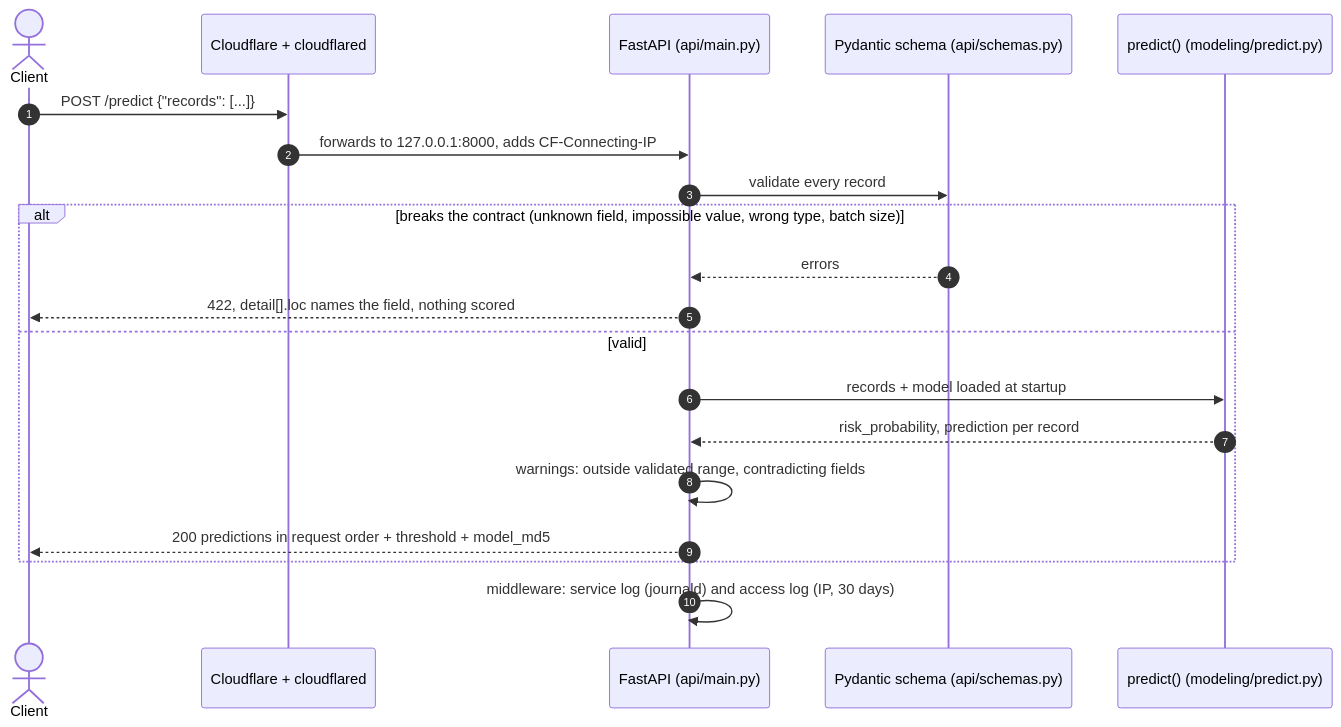
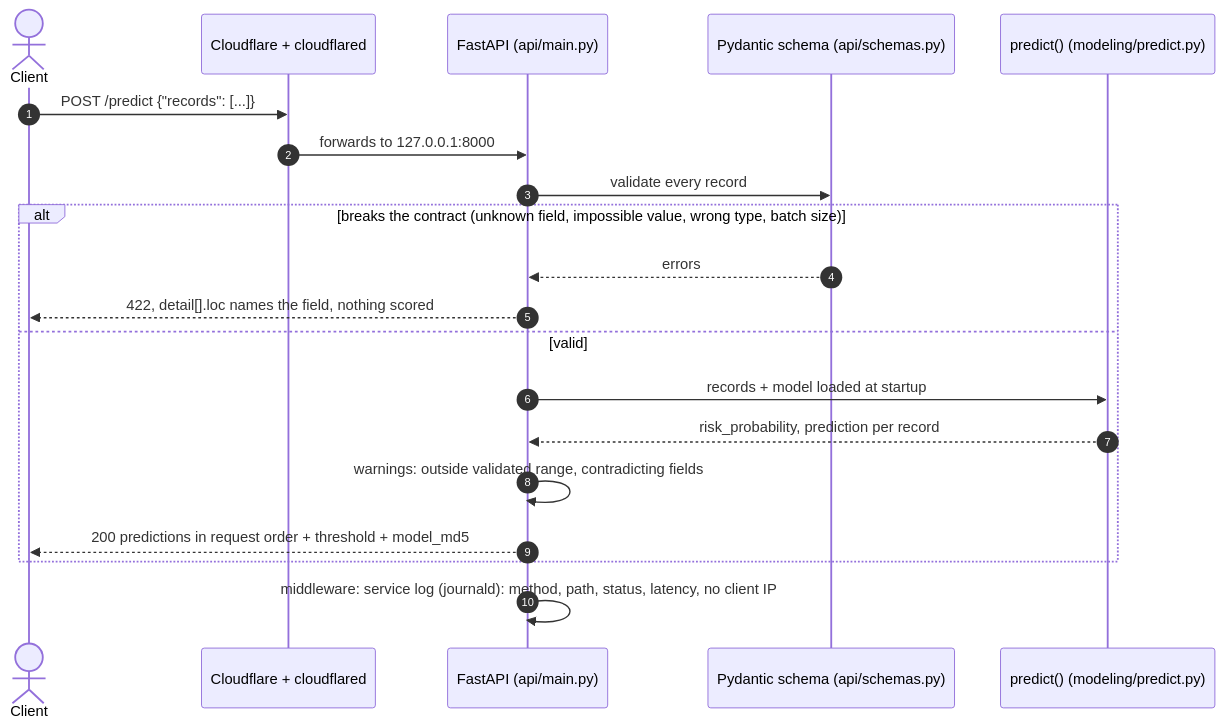
The second of 2 diagrams in docs/system_design.md (taed2-2627q1-gced-upc/taed2-astra), drawn with Mermaid before and after one commit. The commit also changed 7 other files, not shown here.

````diff
--- a/docs/system_design.md
+++ b/docs/system_design.md
@@ -79,23 +79,23 @@
 ```mermaid
 sequenceDiagram
     autonumber
     actor C as Client
     participant CF as Cloudflare + cloudflared
     participant A as FastAPI (api/main.py)
     participant S as Pydantic schema (api/schemas.py)
     participant P as predict() (modeling/predict.py)
 
     C->>CF: POST /predict {"records": [...]}
-    CF->>A: forwards to 127.0.0.1:8000, adds CF-Connecting-IP
+    CF->>A: forwards to 127.0.0.1:8000
     A->>S: validate every record
     alt breaks the contract (unknown field, impossible value, wrong type, batch size)
         S-->>A: errors
         A-->>C: 422, detail[].loc names the field, nothing scored
     else valid
         A->>P: records + model loaded at startup
         P-->>A: risk_probability, prediction per record
         A->>A: warnings: outside validated range, contradicting fields
         A-->>C: 200 predictions in request order + threshold + model_md5
     end
-    A->>A: middleware: service log (journald) and access log (IP, 30 days)
+    A->>A: middleware: service log (journald): method, path, status, latency, no client IP
 ```
````
